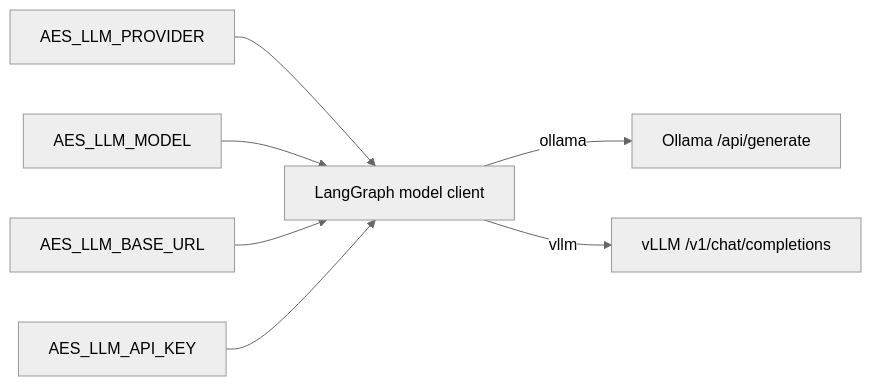
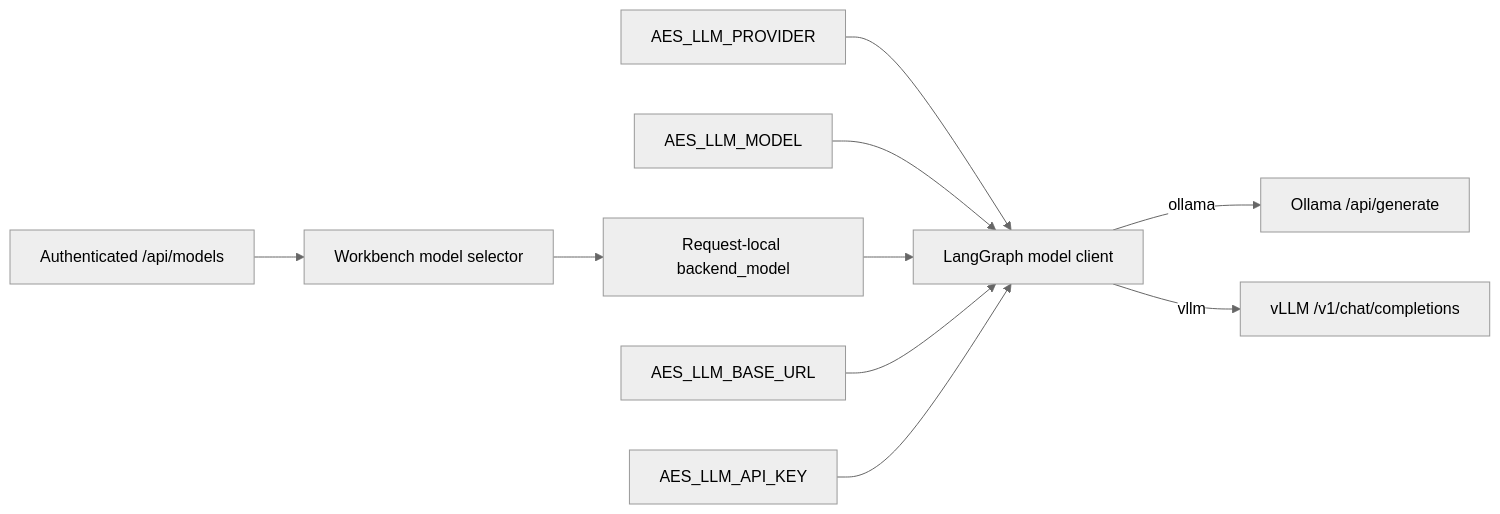
One commit to RadmirG/AES changed the fifth of 14 diagrams in docs/architecture.md. Above: the diagram before and after it, drawn with Mermaid (neutral theme). The commit also changed other lines of this file and 24 other files, not shown here.

````diff
--- a/docs/architecture.md
+++ b/docs/architecture.md
@@ -194,9 +198,12 @@
 ```mermaid
 flowchart LR
     A["AES_LLM_PROVIDER"] --> B["LangGraph model client"]
     B -->|"ollama"| C["Ollama /api/generate"]
     B -->|"vllm"| D["vLLM /v1/chat/completions"]
     E["AES_LLM_MODEL"] --> B
+    H["Authenticated /api/models"] --> I["Workbench model selector"]
+    I --> J["Request-local backend_model"]
+    J --> B
     F["AES_LLM_BASE_URL"] --> B
     G["AES_LLM_API_KEY"] --> B
 ```
````
